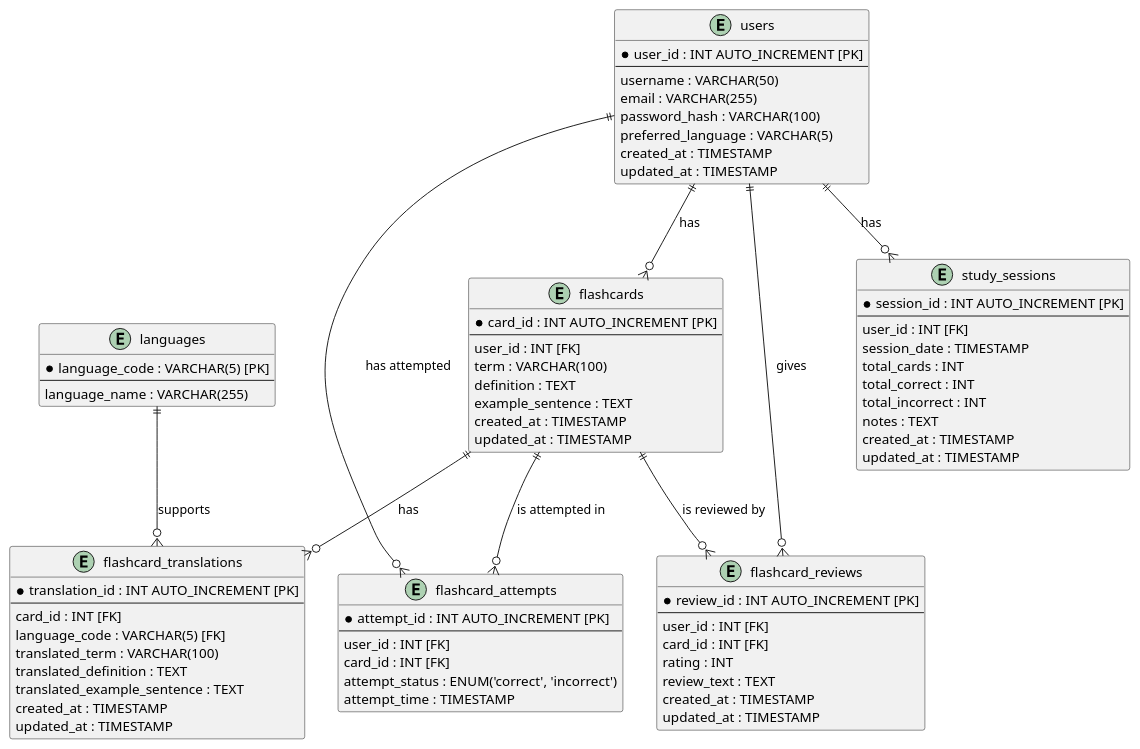
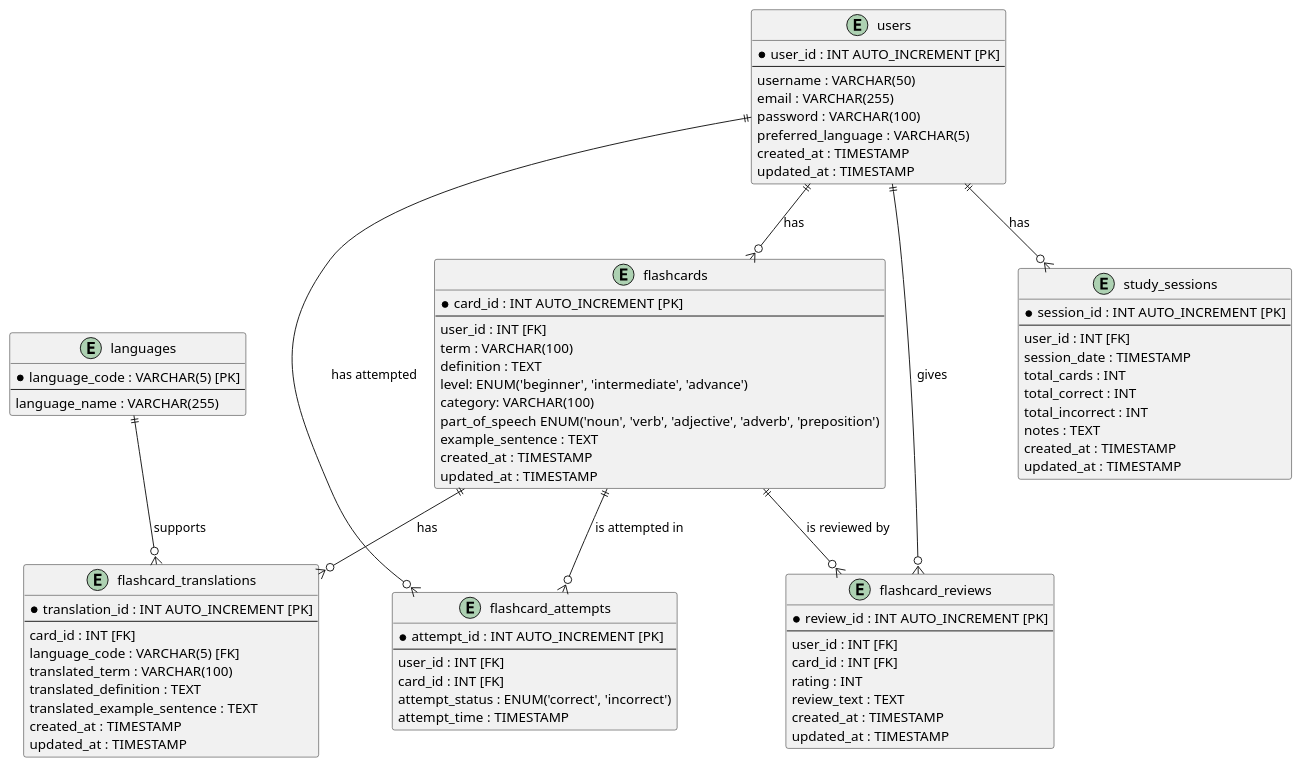
One commit to bagussuprapta/project changed the diagram in lingua-deck/server/docs/entity-diagram.puml. Above: the diagram before and after it, drawn with PlantUML. The commit also changed 1 other file, not shown here.

```diff
--- a/lingua-deck/server/docs/entity-diagram.puml
+++ b/lingua-deck/server/docs/entity-diagram.puml
@@ -1,84 +1,86 @@
 @startuml Lingua Deck
 entity "users" {
     * user_id : INT AUTO_INCREMENT [PK]
     --
     username : VARCHAR(50)
     email : VARCHAR(255)
-    password_hash : VARCHAR(100)
+    password : VARCHAR(100)
     preferred_language : VARCHAR(5)
     created_at : TIMESTAMP
     updated_at : TIMESTAMP
 }
 
 entity "languages" {
     * language_code : VARCHAR(5) [PK]
     --
     language_name : VARCHAR(255)
 }
 
 entity "flashcards" {
     * card_id : INT AUTO_INCREMENT [PK]
     --
     user_id : INT [FK]
     term : VARCHAR(100)
     definition : TEXT
+    level: ENUM('beginner', 'intermediate', 'advance')
+    category: VARCHAR(100)
+    part_of_speech ENUM('noun', 'verb', 'adjective', 'adverb', 'preposition')
     example_sentence : TEXT
     created_at : TIMESTAMP
     updated_at : TIMESTAMP
 }
 
 entity "flashcard_translations" {
     * translation_id : INT AUTO_INCREMENT [PK]
     --
     card_id : INT [FK]
     language_code : VARCHAR(5) [FK]
     translated_term : VARCHAR(100)
     translated_definition : TEXT
     translated_example_sentence : TEXT
     created_at : TIMESTAMP
     updated_at : TIMESTAMP
 }
 
 entity "study_sessions" {
     * session_id : INT AUTO_INCREMENT [PK]
     --
     user_id : INT [FK]
     session_date : TIMESTAMP
     total_cards : INT
     total_correct : INT
     total_incorrect : INT
     notes : TEXT
     created_at : TIMESTAMP
     updated_at : TIMESTAMP
 }
 
 entity "flashcard_reviews" {
     * review_id : INT AUTO_INCREMENT [PK]
     --
     user_id : INT [FK]
     card_id : INT [FK]
     rating : INT
     review_text : TEXT
     created_at : TIMESTAMP
     updated_at : TIMESTAMP
 }
 
 entity "flashcard_attempts" {
     * attempt_id : INT AUTO_INCREMENT [PK]
     --
     user_id : INT [FK]
     card_id : INT [FK]
     attempt_status : ENUM('correct', 'incorrect')
     attempt_time : TIMESTAMP
 }
 
-' Relationships
 users ||--o{ flashcards : "has"
 users ||--o{ study_sessions : "has"
 users ||--o{ flashcard_reviews : "gives"
 users ||--o{ flashcard_attempts : "has attempted"
 flashcards ||--o{ flashcard_translations : "has"
 flashcards ||--o{ flashcard_reviews : "is reviewed by"
 flashcards ||--o{ flashcard_attempts : "is attempted in"
 languages ||--o{ flashcard_translations : "supports"
 @enduml
```
